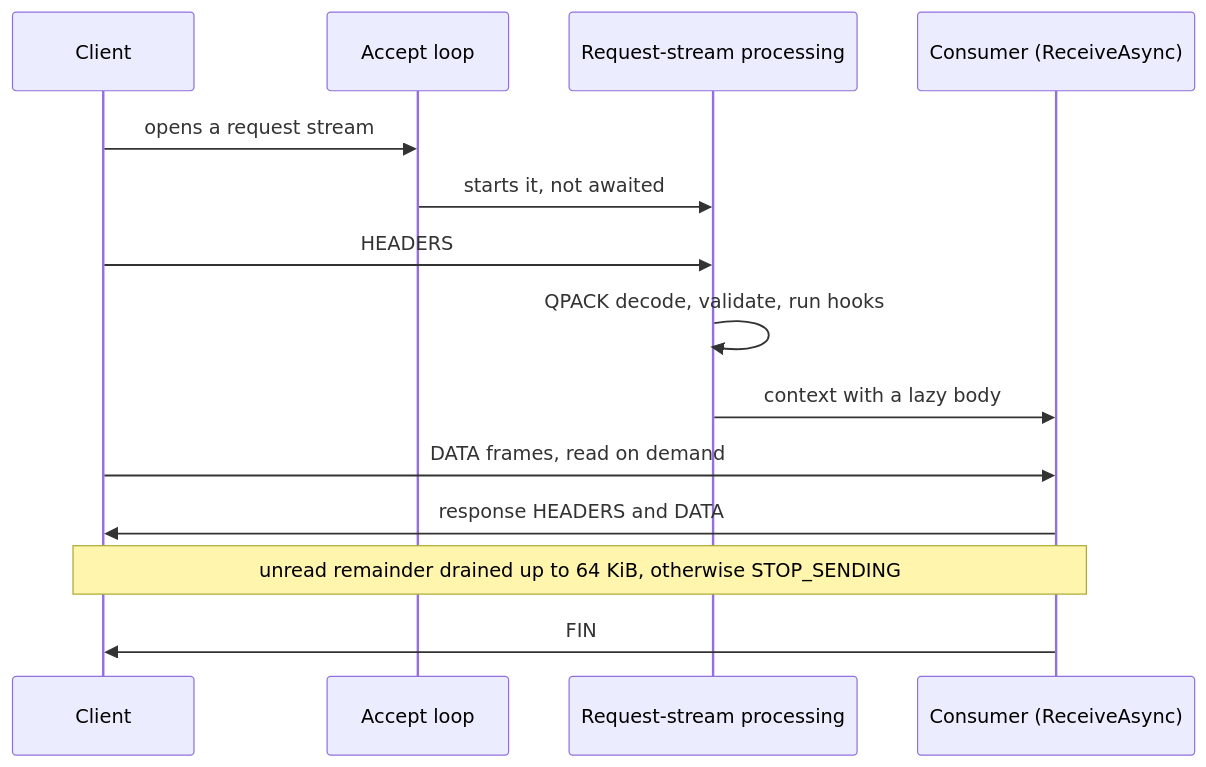
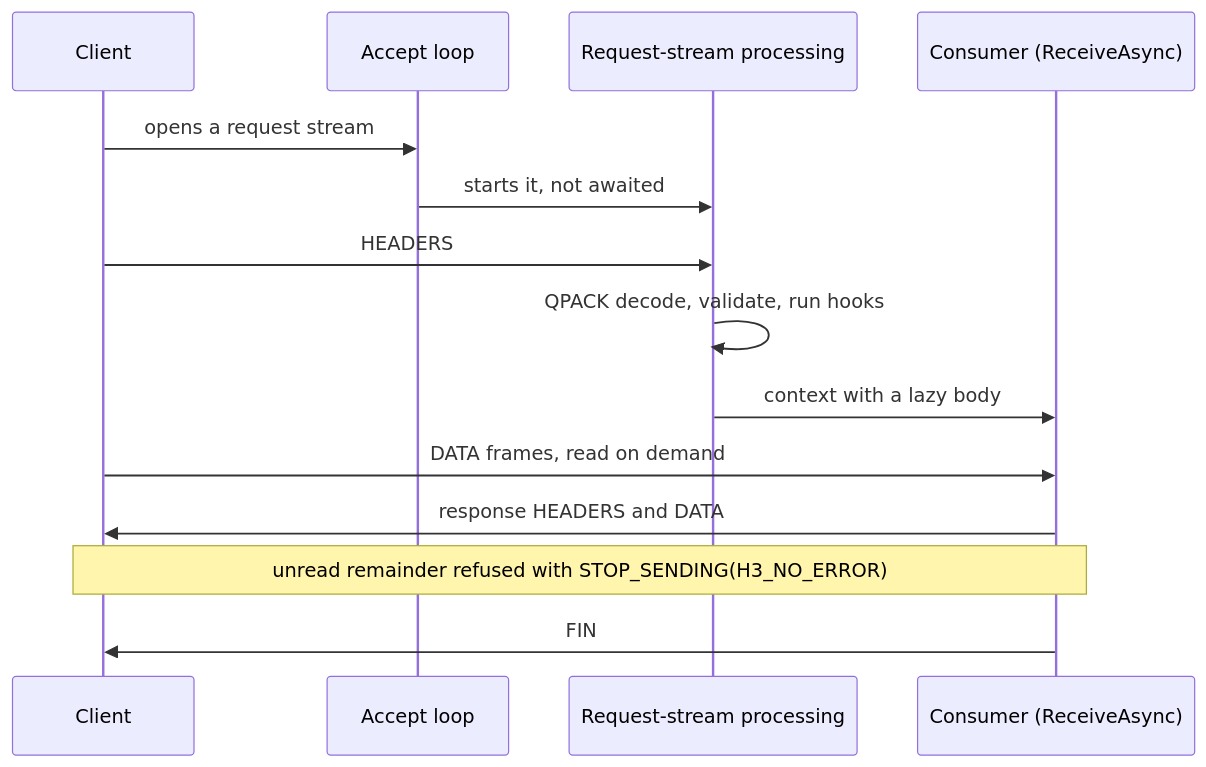
The third of 4 diagrams in libraries/Http/Assimalign.Cohesion.Http.Connections/docs/DESIGN.md (assimalign/cohesion), drawn with Mermaid before and after one commit. The commit also changed other lines of this file and 26 other files, not shown here.

````diff
--- a/libraries/Http/Assimalign.Cohesion.Http.Connections/docs/DESIGN.md
+++ b/libraries/Http/Assimalign.Cohesion.Http.Connections/docs/DESIGN.md
@@ -2599,16 +2598,16 @@
 ```mermaid
 sequenceDiagram
     participant Client
     participant Accept as Accept loop
     participant Head as Request-stream processing
     participant App as Consumer (ReceiveAsync)
     Client->>Accept: opens a request stream
     Accept->>Head: starts it, not awaited
     Client->>Head: HEADERS
     Head->>Head: QPACK decode, validate, run hooks
     Head->>App: context with a lazy body
     Client->>App: DATA frames, read on demand
     App->>Client: response HEADERS and DATA
-    Note over App,Client: unread remainder drained up to 64 KiB, otherwise STOP_SENDING
+    Note over App,Client: unread remainder refused with STOP_SENDING(H3_NO_ERROR)
     App->>Client: FIN
 ```
````
